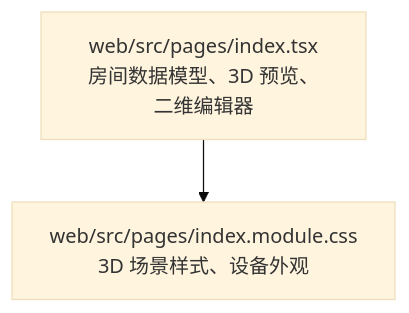
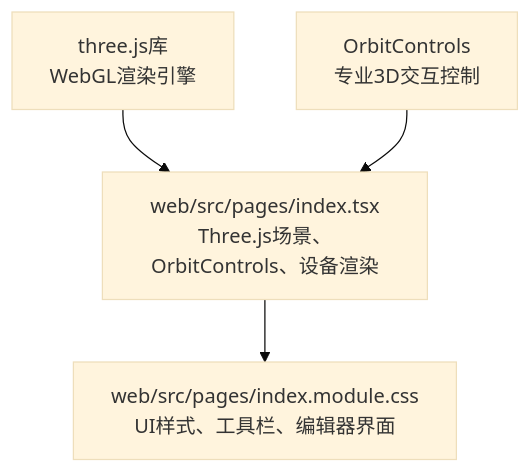
One commit to zh79325/opple-cloud-adapter changed the first of 8 diagrams in .qoder/repowiki/zh/content/Web控制台/3D空间建模.md. Above: the diagram before and after it, drawn with Mermaid (base theme). The commit also changed other lines of this file and 30 other files, not shown here.

````diff
--- a/.qoder/repowiki/zh/content/Web控制台/3D空间建模.md
+++ b/.qoder/repowiki/zh/content/Web控制台/3D空间建模.md
@@ -40,4 +42,6 @@
 ```mermaid
 graph TB
-A["web/src/pages/index.tsx<br/>房间数据模型、3D 预览、二维编辑器"] --> B["web/src/pages/index.module.css<br/>3D 场景样式、设备外观"]
+A["web/src/pages/index.tsx<br/>Three.js场景、OrbitControls、设备渲染"] --> B["web/src/pages/index.module.css<br/>UI样式、工具栏、编辑器界面"]
+C["three.js库<br/>WebGL渲染引擎"] --> A
+D["OrbitControls<br/>专业3D交互控制"] --> A
 ```
````
